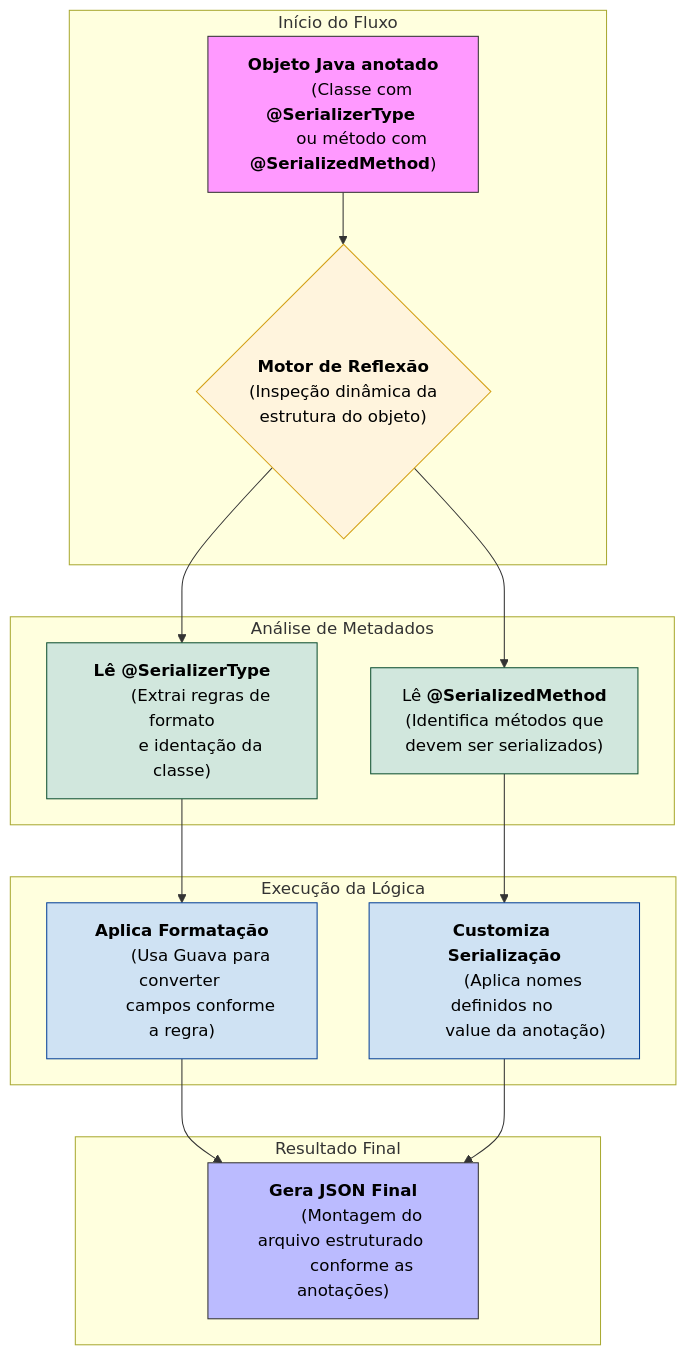
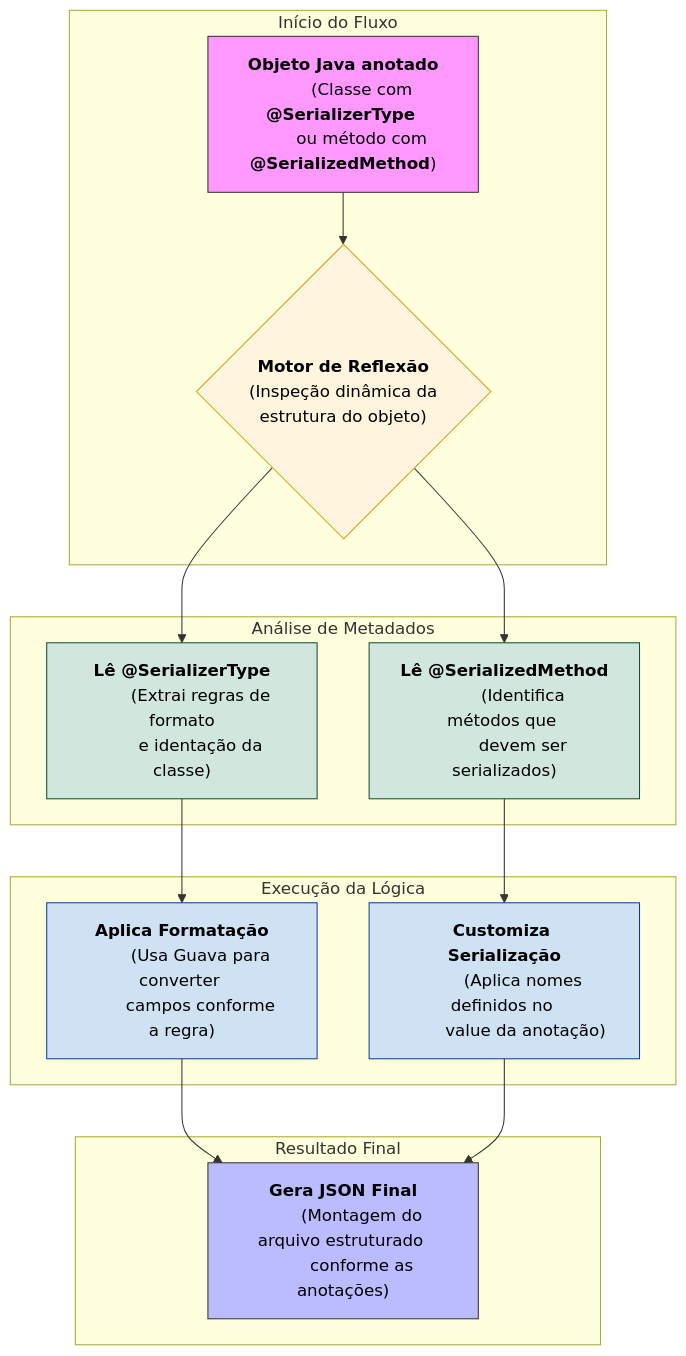
One commit to ahaerdy/DIO-learning changed the diagram in NTT_DATA-Backend_Java_com_Spring_AI/Modulo_03/04-Curso.04-Anotações.em.Java-Marcando.o.Seu.Código.de.Maneira.Inteligente/README.md. Above: the diagram before and after it, drawn with Mermaid. The commit also changed other lines of this file, not shown here.

Commit message:
refactor(serializer): padronizar texto no diagrama do README

````diff
--- a/NTT_DATA-Backend_Java_com_Spring_AI/Modulo_03/04-Curso.04-Anotações.em.Java-Marcando.o.Seu.Código.de.Maneira.Inteligente/README.md
+++ b/NTT_DATA-Backend_Java_com_Spring_AI/Modulo_03/04-Curso.04-Anotações.em.Java-Marcando.o.Seu.Código.de.Maneira.Inteligente/README.md
@@ -194,57 +194,57 @@
 ```mermaid
 graph TD
     %% Bloco de Entrada e Inspeção
     subgraph Entrada [Início do Fluxo]
         A["<strong>Objeto Java anotado</strong>
         (Classe com <strong>@SerializerType</strong> 
         ou método com <strong>@SerializedMethod</strong>)"]
         B{"<strong>Motor de Reflexão</strong>
         (Inspeção dinâmica da 
         estrutura do objeto)"}
     end
 
     %% Bloco de Decisão (Leitura das Annotations)
     subgraph Processamento_de_Metadados [Análise de Metadados]
         C["<strong>Lê @SerializerType</strong>
         (Extrai regras de formato
         e identação da classe)"]
-        D["Lê <strong>@SerializedMethod</strong>
+        D["<strong>Lê @SerializedMethod</strong>
         (Identifica métodos que 
         devem ser serializados)"]
     end
 
     %% Bloco de Ação (Aplicação das Regras)
     subgraph Aplicacao_de_Regras [Execução da Lógica]
         E["<strong>Aplica Formatação</strong>
         (Usa Guava para converter 
         campos conforme a regra)"]
         F["<strong>Customiza Serialização</strong>
         (Aplica nomes definidos no 
         value da anotação)"]
     end
 
     %% Bloco de Saída
     subgraph Saida [Resultado Final]
         G["<strong>Gera JSON Final</strong>
         (Montagem do arquivo estruturado 
         conforme as anotações)"]
     end
 
     %% Definição de Conexões
     A --> B
     B --> C
     B --> D
     C --> E
     D --> F
     E --> G
     F --> G
 
     %% Estilização para garantir fonte preta e legibilidade
     style A fill:#f9f,stroke:#333,color:#000
     style B fill:#fff4dd,stroke:#d4a017,color:#000
     style C fill:#d1e7dd,stroke:#0f5132,color:#000
     style D fill:#d1e7dd,stroke:#0f5132,color:#000
     style E fill:#cfe2f3,stroke:#084298,color:#000
     style F fill:#cfe2f3,stroke:#084298,color:#000
     style G fill:#bbf,stroke:#333,color:#000
 ```
````
